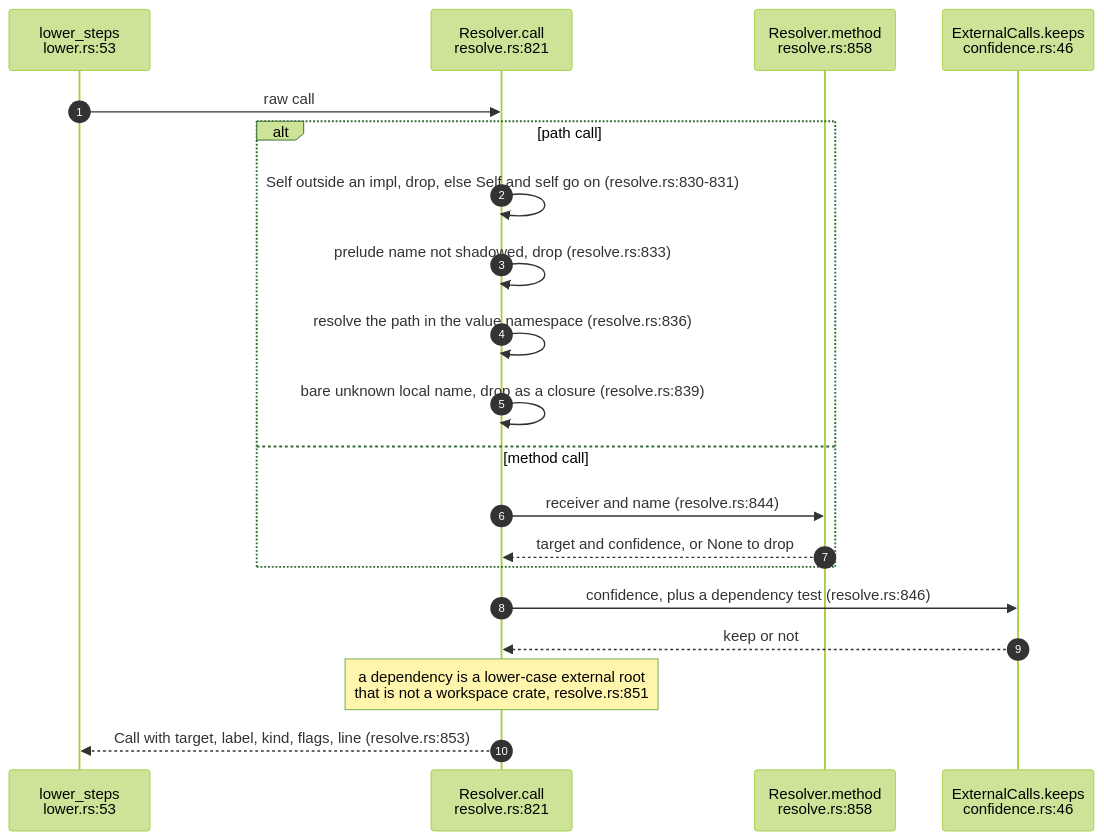
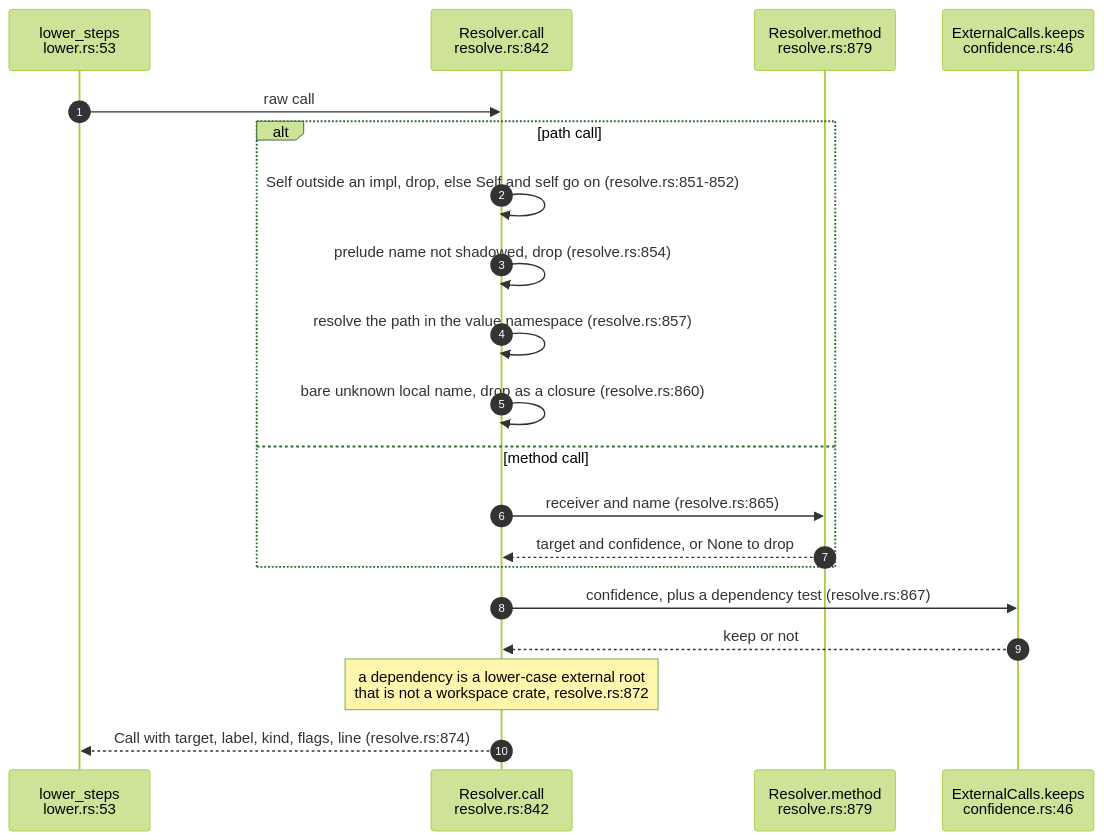
One commit to DreamLab-AI/codemaid changed the fourth of 5 diagrams in docs/diagrams/extract/04-lowering-confidence-and-labels.md. Above: the diagram before and after it, drawn with Mermaid (forest theme). The commit also changed other lines of this file and 21 other files, not shown here.

````diff
--- a/docs/diagrams/extract/04-lowering-confidence-and-labels.md
+++ b/docs/diagrams/extract/04-lowering-confidence-and-labels.md
@@ -167,22 +167,22 @@
 ```mermaid
 sequenceDiagram
     autonumber
     participant LS as lower_steps<br/>lower.rs:53
-    participant CA as Resolver.call<br/>resolve.rs:821
-    participant ME as Resolver.method<br/>resolve.rs:858
+    participant CA as Resolver.call<br/>resolve.rs:842
+    participant ME as Resolver.method<br/>resolve.rs:879
     participant EC as ExternalCalls.keeps<br/>confidence.rs:46
     LS->>CA: raw call
     alt path call
-        CA->>CA: Self outside an impl, drop, else Self and self go on (resolve.rs:830-831)
-        CA->>CA: prelude name not shadowed, drop (resolve.rs:833)
-        CA->>CA: resolve the path in the value namespace (resolve.rs:836)
-        CA->>CA: bare unknown local name, drop as a closure (resolve.rs:839)
+        CA->>CA: Self outside an impl, drop, else Self and self go on (resolve.rs:851-852)
+        CA->>CA: prelude name not shadowed, drop (resolve.rs:854)
+        CA->>CA: resolve the path in the value namespace (resolve.rs:857)
+        CA->>CA: bare unknown local name, drop as a closure (resolve.rs:860)
     else method call
-        CA->>ME: receiver and name (resolve.rs:844)
+        CA->>ME: receiver and name (resolve.rs:865)
         ME-->>CA: target and confidence, or None to drop
     end
-    CA->>EC: confidence, plus a dependency test (resolve.rs:846)
+    CA->>EC: confidence, plus a dependency test (resolve.rs:867)
     EC-->>CA: keep or not
-    Note over CA: a dependency is a lower-case external root<br/>that is not a workspace crate, resolve.rs:851
-    CA-->>LS: Call with target, label, kind, flags, line (resolve.rs:853)
+    Note over CA: a dependency is a lower-case external root<br/>that is not a workspace crate, resolve.rs:872
+    CA-->>LS: Call with target, label, kind, flags, line (resolve.rs:874)
 ```
````
